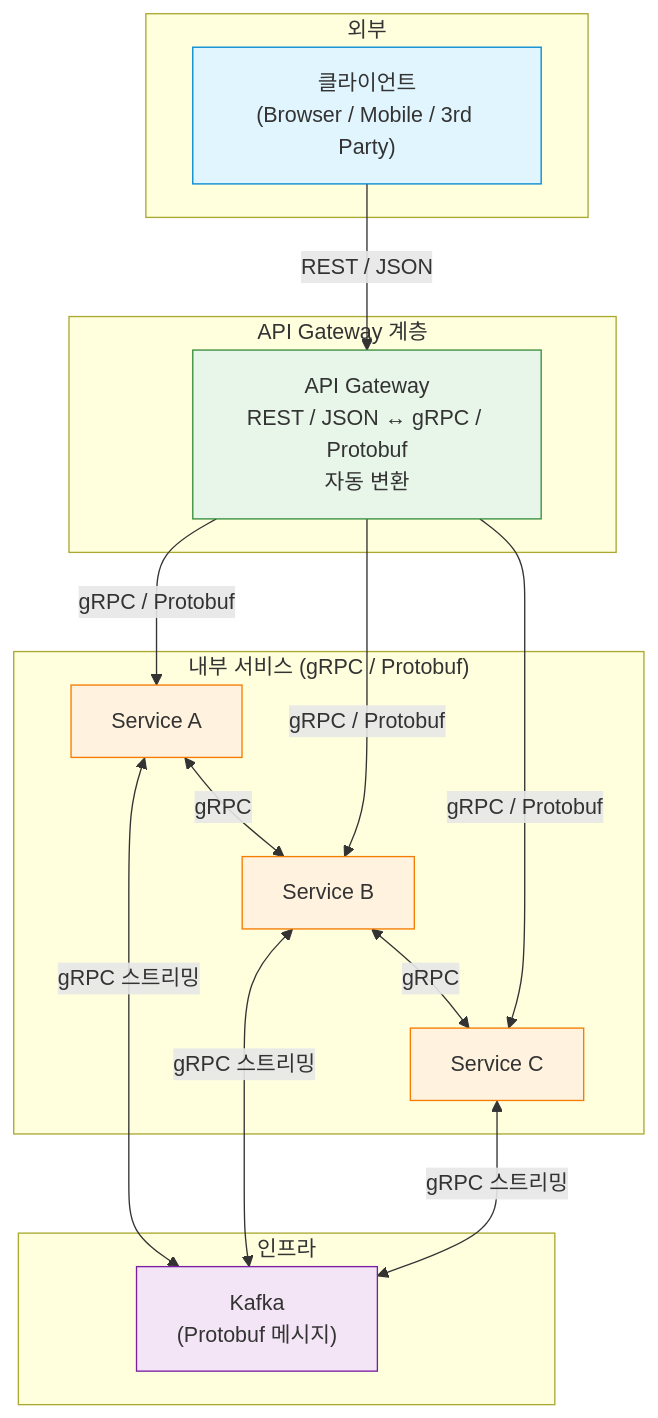
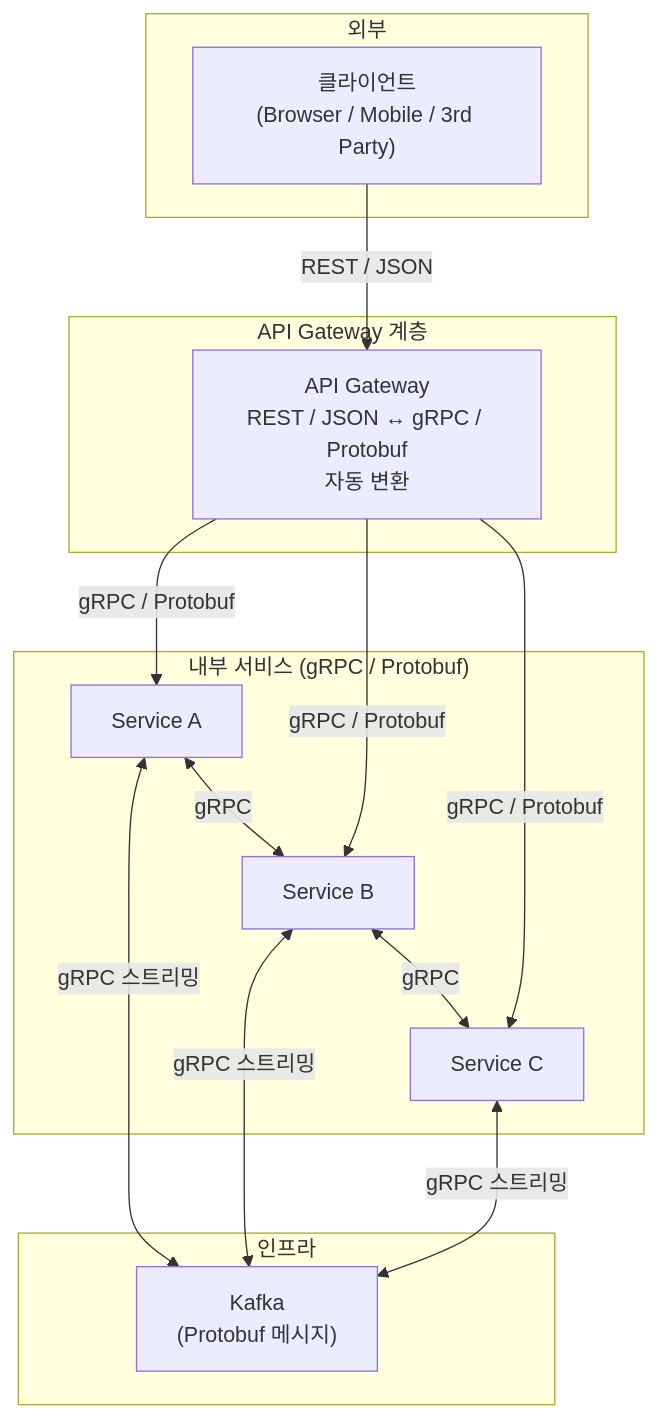
Before and after one commit to icarus-inte01/wiki: the first of 2 diagrams in docs/dev/json-protobuf.md, drawn with Mermaid. The commit also changed other lines of this file and 1 other file, not shown here.

Commit message:
fix: Mermaid 다이어그램 style 제거 (테마 대응), AGENTS.md에 코드 블록-리스트 빈 줄 규칙 추가

````diff
--- a/docs/dev/json-protobuf.md
+++ b/docs/dev/json-protobuf.md
@@ -132,37 +134,30 @@
 ```mermaid
 graph TB
     subgraph External["외부"]
         CLIENT["클라이언트<br/>(Browser / Mobile / 3rd Party)"]
     end
 
     subgraph Gateway["API Gateway 계층"]
         GW["API Gateway<br/>REST / JSON ↔ gRPC / Protobuf<br/>자동 변환"]
     end
 
     subgraph Internal["내부 서비스 (gRPC / Protobuf)"]
         S1["Service A"]
         S2["Service B"]
         S3["Service C"]
     end
 
     subgraph Infra["인프라"]
         KAFKA["Kafka<br/>(Protobuf 메시지)"]
     end
 
     CLIENT -->|REST / JSON| GW
     GW -->|gRPC / Protobuf| S1
     GW -->|gRPC / Protobuf| S2
     GW -->|gRPC / Protobuf| S3
     S1 <-->|gRPC 스트리밍| KAFKA
     S2 <-->|gRPC 스트리밍| KAFKA
     S3 <-->|gRPC 스트리밍| KAFKA
     S1 <-->|gRPC| S2
     S2 <-->|gRPC| S3
-
-    style CLIENT fill:#e1f5fe,stroke:#0288d1
-    style GW fill:#e8f5e9,stroke:#388e3c
-    style S1 fill:#fff3e0,stroke:#f57c00
-    style S2 fill:#fff3e0,stroke:#f57c00
-    style S3 fill:#fff3e0,stroke:#f57c00
-    style KAFKA fill:#f3e5f5,stroke:#7b1fa2
 ```
````
